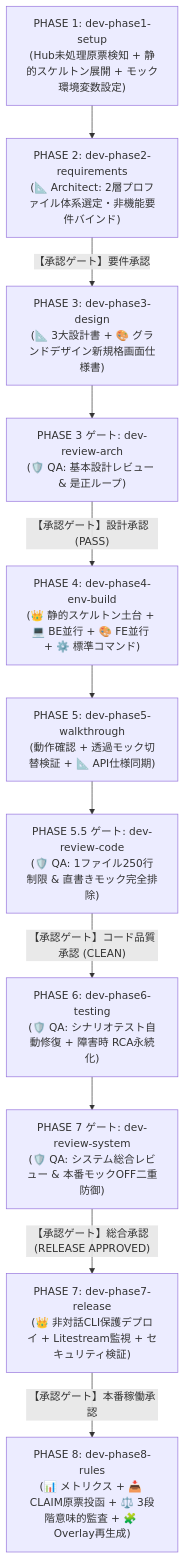
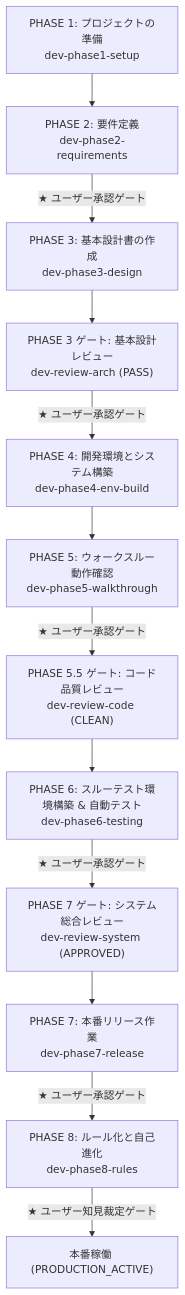
One commit to LeoPanda/template changed the second of 2 diagrams in README.md. Above: the diagram before and after it, drawn with Mermaid. The commit also changed other lines of this file and 64 other files, not shown here.

````diff
--- a/README.md
+++ b/README.md
@@ -239,13 +200,14 @@
 ```mermaid
 flowchart TD
-    P1["PHASE 1: dev-phase1-setup\n(Hub未処理原票検知 + 静的スケルトン展開 + モック環境変数設定)"] --> P2["PHASE 2: dev-phase2-requirements\n(📐 Architect: 2層プロファイル体系選定・非機能要件バインド)"]
-    P2 -->|"【承認ゲート】要件承認"| P3["PHASE 3: dev-phase3-design\n(📐 3大設計書 + 🎨 グランドデザイン新規格画面仕様書)"]
-    P3 --> R3["PHASE 3 ゲート: dev-review-arch\n(🛡️ QA: 基本設計レビュー & 是正ループ)"]
-    R3 -->|"【承認ゲート】設計承認 (PASS)"| P4["PHASE 4: dev-phase4-env-build\n(👑 静的スケルトン土台 + 💻 BE並行 + 🎨 FE並行 + ⚙️ 標準コマンド)"]
-    P4 --> P5["PHASE 5: dev-phase5-walkthrough\n(動作確認 + 透過モック切替検証 + 📐 API仕様同期)"]
-    P5 --> R5["PHASE 5.5 ゲート: dev-review-code\n(🛡️ QA: 1ファイル250行制限 & 直書きモック完全排除)"]
-    R5 -->|"【承認ゲート】コード品質承認 (CLEAN)"| P6["PHASE 6: dev-phase6-testing\n(🛡️ QA: シナリオテスト自動修復 + 障害時 RCA永続化)"]
-    P6 --> R7["PHASE 7 ゲート: dev-review-system\n(🛡️ QA: システム総合レビュー & 本番モックOFF二重防御)"]
-    R7 -->|"【承認ゲート】総合承認 (RELEASE APPROVED)"| P7["PHASE 7: dev-phase7-release\n(👑 非対話CLI保護デプロイ + Litestream監視 + セキュリティ検証)"]
-    P7 -->|"【承認ゲート】本番稼働承認"| P8["PHASE 8: dev-phase8-rules\n(📊 メトリクス + 📥 CLAIM原票投函 + ⚖️ 3段階意味的監査 + 🧩 Overlay再生成)"]
+    P1["PHASE 1: プロジェクトの準備<br/>dev-phase1-setup"] --> P2["PHASE 2: 要件定義<br/>dev-phase2-requirements"]
+    P2 -->|"★ ユーザー承認ゲート"| P3["PHASE 3: 基本設計書の作成<br/>dev-phase3-design"]
+    P3 --> R3["PHASE 3 ゲート: 基本設計レビュー<br/>dev-review-arch (PASS)"]
+    R3 -->|"★ ユーザー承認ゲート"| P4["PHASE 4: 開発環境とシステム構築<br/>dev-phase4-env-build"]
+    P4 --> P5["PHASE 5: ウォークスルー動作確認<br/>dev-phase5-walkthrough"]
+    P5 -->|"★ ユーザー承認ゲート"| R5["PHASE 5.5 ゲート: コード品質レビュー<br/>dev-review-code (CLEAN)"]
+    R5 --> P6["PHASE 6: スルーテスト環境構築 & 自動テスト<br/>dev-phase6-testing"]
+    P6 -->|"★ ユーザー承認ゲート"| R7["PHASE 7 ゲート: システム総合レビュー<br/>dev-review-system (APPROVED)"]
+    R7 --> P7["PHASE 7: 本番リリース作業<br/>dev-phase7-release"]
+    P7 -->|"★ ユーザー承認ゲート"| P8["PHASE 8: ルール化と自己進化<br/>dev-phase8-rules"]
+    P8 -->|"★ ユーザー知見裁定ゲート"| ACTIVE["本番稼働 (PRODUCTION_ACTIVE)"]
 ```
````
